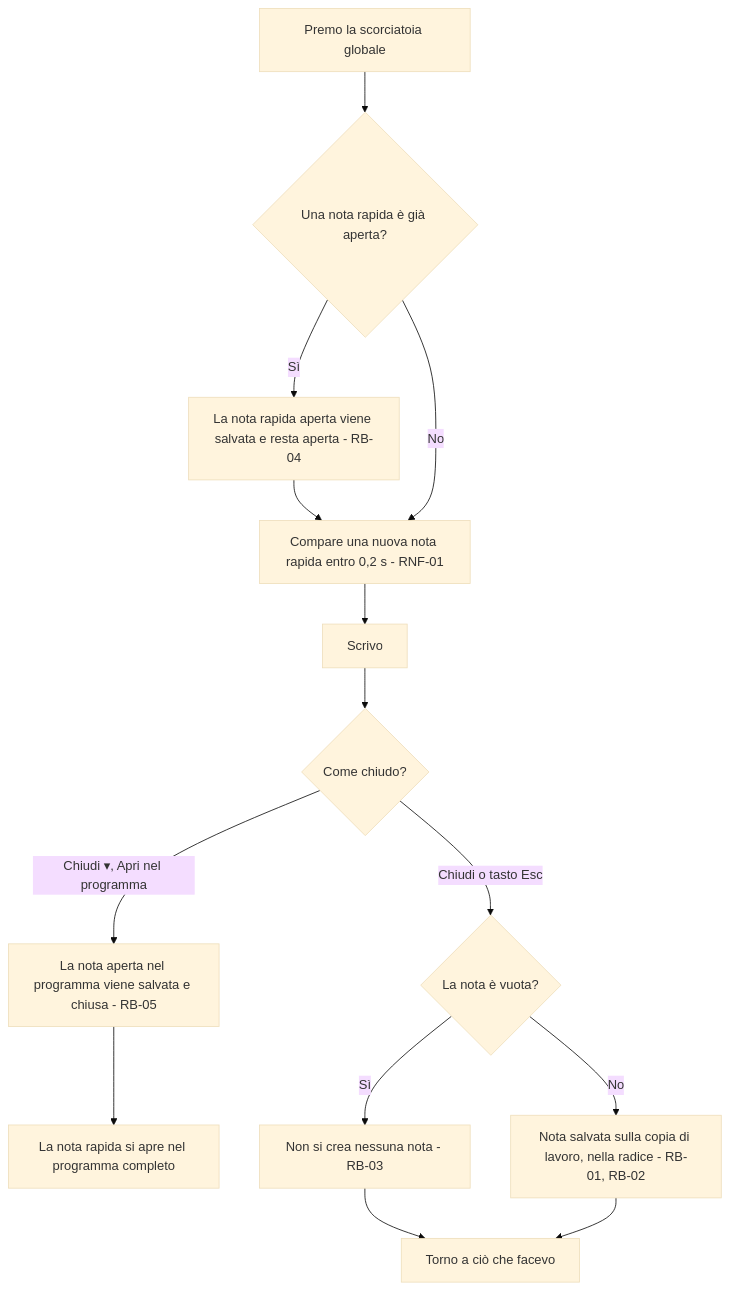
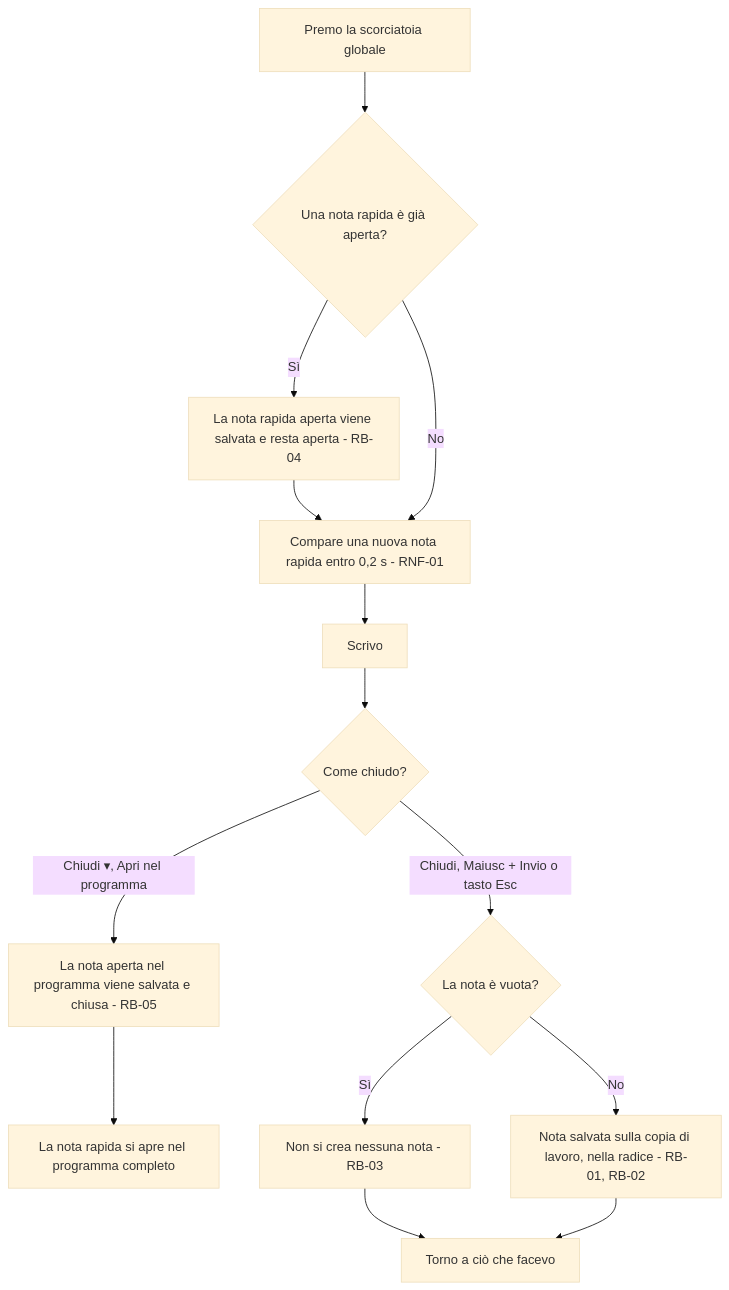
One commit to Helmutsti/MemoDu changed the first of 5 diagrams in docs/moduli/note/2-flussi.md. Above: the diagram before and after it, drawn with Mermaid (base theme). The commit also changed other lines of this file and 40 other files, not shown here.

````diff
--- a/docs/moduli/note/2-flussi.md
+++ b/docs/moduli/note/2-flussi.md
@@ -8,16 +8,16 @@
 ```mermaid
 flowchart TD
     A[Premo la scorciatoia globale] --> B{Una nota rapida è già aperta?}
     B -- Sì --> B1[La nota rapida aperta viene salvata e resta aperta - RB-04]
     B1 --> C
     B -- No --> C[Compare una nuova nota rapida entro 0,2 s - RNF-01]
     C --> D[Scrivo]
     D --> E{Come chiudo?}
     E -- Chiudi ▾, Apri nel programma --> F[La nota aperta nel programma viene salvata e chiusa - RB-05]
     F --> G[La nota rapida si apre nel programma completo]
-    E -- Chiudi o tasto Esc --> H{La nota è vuota?}
+    E -- Chiudi, Maiusc + Invio o tasto Esc --> H{La nota è vuota?}
     H -- Sì --> I[Non si crea nessuna nota - RB-03]
     H -- No --> J[Nota salvata sulla copia di lavoro, nella radice - RB-01, RB-02]
     I --> K[Torno a ciò che facevo]
     J --> K
 ```
````
